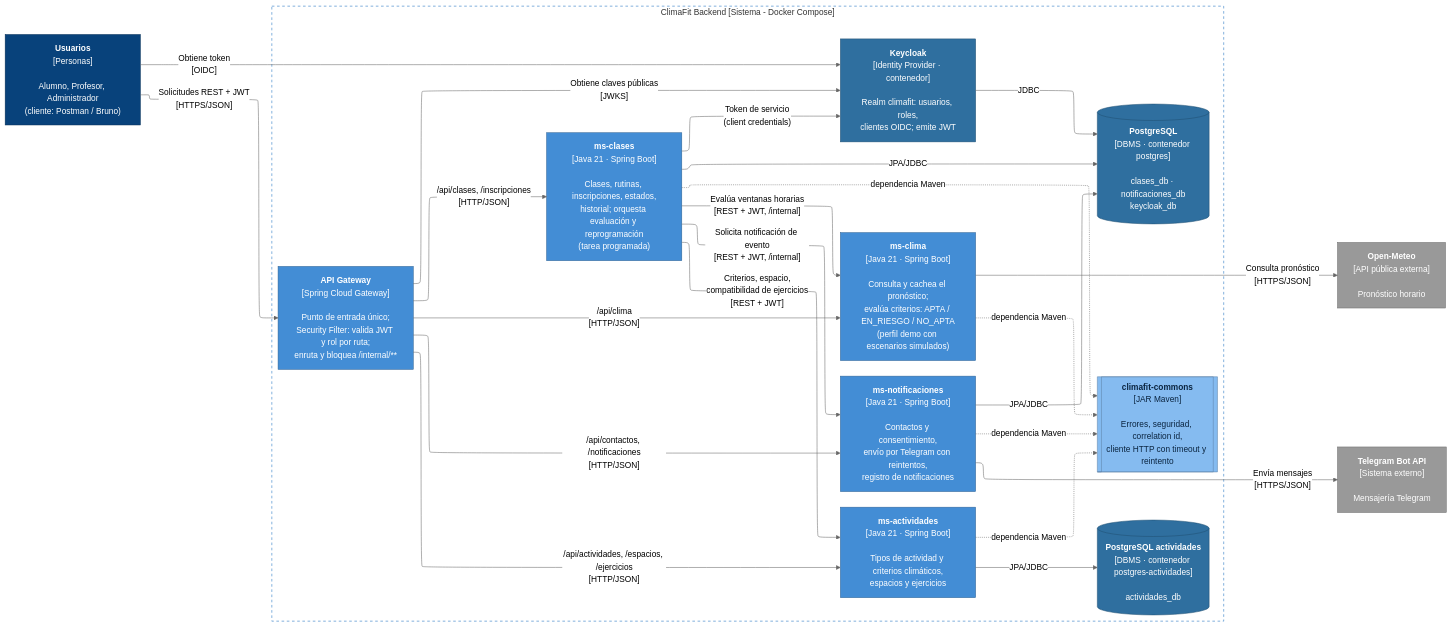
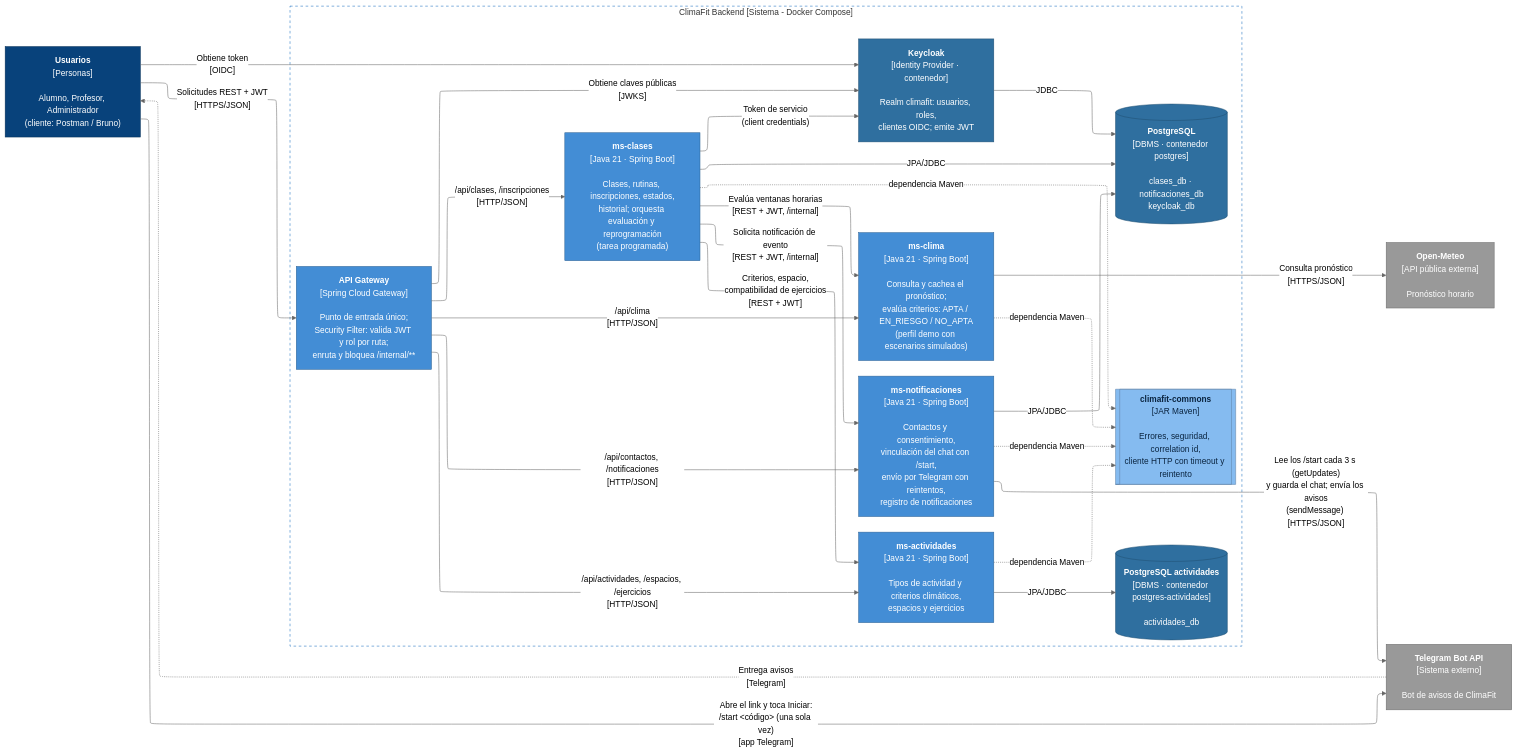
The fourth of 8 diagrams in docs/propuesta.md (tomy91449/climafit), drawn with Mermaid (neutral theme) before and after one commit. The commit also changed other lines of this file and 9 other files, not shown here.

First line of the commit message:
Diagramas: vinculación con Telegram por /start

````diff
--- a/docs/propuesta.md
+++ b/docs/propuesta.md
@@ -441,62 +443,64 @@
 ```mermaid
 ---
 config:
   layout: elk
 ---
 %% C2 - Diagrama de Contenedores (C4) - ClimaFit
 flowchart LR
   usuarios["<b>Usuarios</b><br/>[Personas]<br/><br/>Alumno, Profesor, Administrador<br/>(cliente: Postman / Bruno)"]
 
   subgraph sistema["ClimaFit Backend [Sistema - Docker Compose]"]
     gateway["<b>API Gateway</b><br/>[Spring Cloud Gateway]<br/><br/>Punto de entrada único;<br/>Security Filter: valida JWT y rol por ruta;<br/>enruta y bloquea /internal/**"]
     actividades["<b>ms-actividades</b><br/>[Java 21 · Spring Boot]<br/><br/>Tipos de actividad y criterios climáticos,<br/>espacios y ejercicios"]
     clases["<b>ms-clases</b><br/>[Java 21 · Spring Boot]<br/><br/>Clases, rutinas, inscripciones, estados,<br/>historial; orquesta evaluación y reprogramación<br/>(tarea programada)"]
     clima["<b>ms-clima</b><br/>[Java 21 · Spring Boot]<br/><br/>Consulta y cachea el pronóstico;<br/>evalúa criterios: APTA / EN_RIESGO / NO_APTA<br/>(perfil demo con escenarios simulados)"]
-    notificaciones["<b>ms-notificaciones</b><br/>[Java 21 · Spring Boot]<br/><br/>Contactos y consentimiento,<br/>envío por Telegram con reintentos,<br/>registro de notificaciones"]
+    notificaciones["<b>ms-notificaciones</b><br/>[Java 21 · Spring Boot]<br/><br/>Contactos y consentimiento,<br/>vinculación del chat con /start,<br/>envío por Telegram con reintentos,<br/>registro de notificaciones"]
     commons[["<b>climafit-commons</b><br/>[JAR Maven]<br/><br/>Errores, seguridad, correlation id,<br/>cliente HTTP con timeout y reintento"]]
     db[("<b>PostgreSQL</b><br/>[DBMS · contenedor postgres]<br/><br/>clases_db · notificaciones_db<br/>keycloak_db")]
     dbActividades[("<b>PostgreSQL actividades</b><br/>[DBMS · contenedor postgres-actividades]<br/><br/>actividades_db")]
     keycloak["<b>Keycloak</b><br/>[Identity Provider · contenedor]<br/><br/>Realm climafit: usuarios, roles,<br/>clientes OIDC; emite JWT"]
   end
 
   openmeteo["<b>Open-Meteo</b><br/>[API pública externa]<br/><br/>Pronóstico horario"]
-  telegram["<b>Telegram Bot API</b><br/>[Sistema externo]<br/><br/>Mensajería Telegram"]
+  telegram["<b>Telegram Bot API</b><br/>[Sistema externo]<br/><br/>Bot de avisos de ClimaFit"]
 
   usuarios -- "Obtiene token<br/>[OIDC]" --> keycloak
   usuarios -- "Solicitudes REST + JWT<br/>[HTTPS/JSON]" --> gateway
+  usuarios -- "Abre el link y toca Iniciar:<br/>/start #lt;código#gt; (una sola vez)<br/>[app Telegram]" --> telegram
   gateway -- "Obtiene claves públicas<br/>[JWKS]" --> keycloak
   gateway -- "/api/actividades, /espacios, /ejercicios<br/>[HTTP/JSON]" --> actividades
   gateway -- "/api/clases, /inscripciones<br/>[HTTP/JSON]" --> clases
   gateway -- "/api/clima<br/>[HTTP/JSON]" --> clima
   gateway -- "/api/contactos, /notificaciones<br/>[HTTP/JSON]" --> notificaciones
 
   clases -- "Criterios, espacio,<br/>compatibilidad de ejercicios<br/>[REST + JWT]" --> actividades
   clases -- "Evalúa ventanas horarias<br/>[REST + JWT, /internal]" --> clima
   clases -- "Solicita notificación de evento<br/>[REST + JWT, /internal]" --> notificaciones
   clases -- "Token de servicio<br/>(client credentials)" --> keycloak
 
   actividades -- "JPA/JDBC" --> dbActividades
   clases -- "JPA/JDBC" --> db
   notificaciones -- "JPA/JDBC" --> db
   keycloak -- "JDBC" --> db
 
   clima -- "Consulta pronóstico<br/>[HTTPS/JSON]" --> openmeteo
-  notificaciones -- "Envía mensajes<br/>[HTTPS/JSON]" --> telegram
+  notificaciones -- "Lee los /start cada 3 s (getUpdates)<br/>y guarda el chat; envía los avisos<br/>(sendMessage) [HTTPS/JSON]" --> telegram
+  telegram -. "Entrega avisos<br/>[Telegram]" .-> usuarios
 
   actividades -.->|"dependencia Maven"| commons
   clases -.->|"dependencia Maven"| commons
   clima -.->|"dependencia Maven"| commons
   notificaciones -.->|"dependencia Maven"| commons
 
   classDef persona fill:#08427b,stroke:#052e56,color:#ffffff
   classDef contenedor fill:#438dd5,stroke:#2e6295,color:#ffffff
   classDef infra fill:#2f6f9f,stroke:#1f4f73,color:#ffffff
   classDef libreria fill:#85bbf0,stroke:#5d82a8,color:#0b2540
   classDef externo fill:#999999,stroke:#6b6b6b,color:#ffffff
   class usuarios persona
   class gateway,actividades,clases,clima,notificaciones contenedor
   class db,dbActividades,keycloak infra
   class commons libreria
   class openmeteo,telegram externo
   style sistema fill:#ffffff,stroke:#1168bd,stroke-dasharray: 5 5
 ```
````
